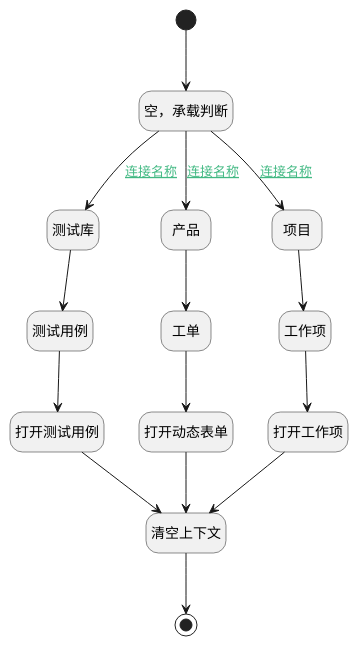
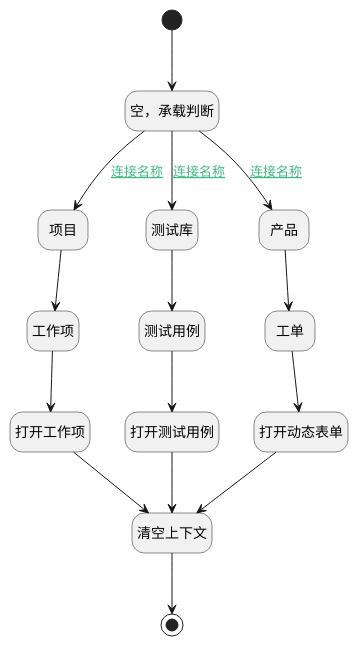
One commit to iBizLab/plm changed the diagram in doc/docsify/module/Base/relation/uilogic/jump_corresponding_view.md. Above: the diagram before and after it, drawn with PlantUML. The commit also changed other lines of this file and 1276 other files, not shown here.

````diff
--- a/doc/docsify/module/Base/relation/uilogic/jump_corresponding_view.md
+++ b/doc/docsify/module/Base/relation/uilogic/jump_corresponding_view.md
@@ -7,43 +7,43 @@
 ```plantuml
 @startuml
 hide footbox
 <style>
 root {
   HyperlinkColor #42b983
 }
 </style>
 
 hide empty description
 state "开始" as Begin <<start>> [[$./jump_corresponding_view#begin {开始}]]
+state "项目" as PREPAREJSPARAM4  [[$./jump_corresponding_view#preparejsparam4 {项目}]]
+state "清空上下文" as PREPAREJSPARAM11  [[$./jump_corresponding_view#preparejsparam11 {清空上下文}]]
 state "打开动态表单" as DEUIACTION4  [[$./jump_corresponding_view#deuiaction4 {打开动态表单}]]
-state "测试库" as PREPAREJSPARAM3  [[$./jump_corresponding_view#preparejsparam3 {测试库}]]
+state "打开工作项" as DEUIACTION2  [[$./jump_corresponding_view#deuiaction2 {打开工作项}]]
+state "工单" as PREPAREJSPARAM7  [[$./jump_corresponding_view#preparejsparam7 {工单}]]
 state "结束" as END1 <<end>> [[$./jump_corresponding_view#end1 {结束}]]
 state "空，承载判断" as PREPAREJSPARAM1  [[$./jump_corresponding_view#preparejsparam1 {空，承载判断}]]
-state "工单" as PREPAREJSPARAM7  [[$./jump_corresponding_view#preparejsparam7 {工单}]]
+state "打开测试用例" as DEUIACTION3  [[$./jump_corresponding_view#deuiaction3 {打开测试用例}]]
 state "工作项" as PREPAREJSPARAM9  [[$./jump_corresponding_view#preparejsparam9 {工作项}]]
-state "清空上下文" as PREPAREJSPARAM11  [[$./jump_corresponding_view#preparejsparam11 {清空上下文}]]
-state "打开测试用例" as DEUIACTION3  [[$./jump_corresponding_view#deuiaction3 {打开测试用例}]]
+state "测试库" as PREPAREJSPARAM3  [[$./jump_corresponding_view#preparejsparam3 {测试库}]]
 state "产品" as PREPAREJSPARAM2  [[$./jump_corresponding_view#preparejsparam2 {产品}]]
-state "打开工作项" as DEUIACTION2  [[$./jump_corresponding_view#deuiaction2 {打开工作项}]]
-state "项目" as PREPAREJSPARAM4  [[$./jump_corresponding_view#preparejsparam4 {项目}]]
 state "测试用例" as PREPAREJSPARAM8  [[$./jump_corresponding_view#preparejsparam8 {测试用例}]]
 
 
 Begin --> PREPAREJSPARAM1
 PREPAREJSPARAM1 --> PREPAREJSPARAM3 : [[$./jump_corresponding_view#preparejsparam1-preparejsparam3{连接名称} 连接名称]]
 PREPAREJSPARAM3 --> PREPAREJSPARAM8
 PREPAREJSPARAM8 --> DEUIACTION3
 DEUIACTION3 --> PREPAREJSPARAM11
 PREPAREJSPARAM11 --> END1
 PREPAREJSPARAM1 --> PREPAREJSPARAM2 : [[$./jump_corresponding_view#preparejsparam1-preparejsparam2{连接名称} 连接名称]]
 PREPAREJSPARAM2 --> PREPAREJSPARAM7
 PREPAREJSPARAM7 --> DEUIACTION4
 DEUIACTION4 --> PREPAREJSPARAM11
 PREPAREJSPARAM1 --> PREPAREJSPARAM4 : [[$./jump_corresponding_view#preparejsparam1-preparejsparam4{连接名称} 连接名称]]
 PREPAREJSPARAM4 --> PREPAREJSPARAM9
 PREPAREJSPARAM9 --> DEUIACTION2
 DEUIACTION2 --> PREPAREJSPARAM11
 
 
 @enduml
 ```
````
